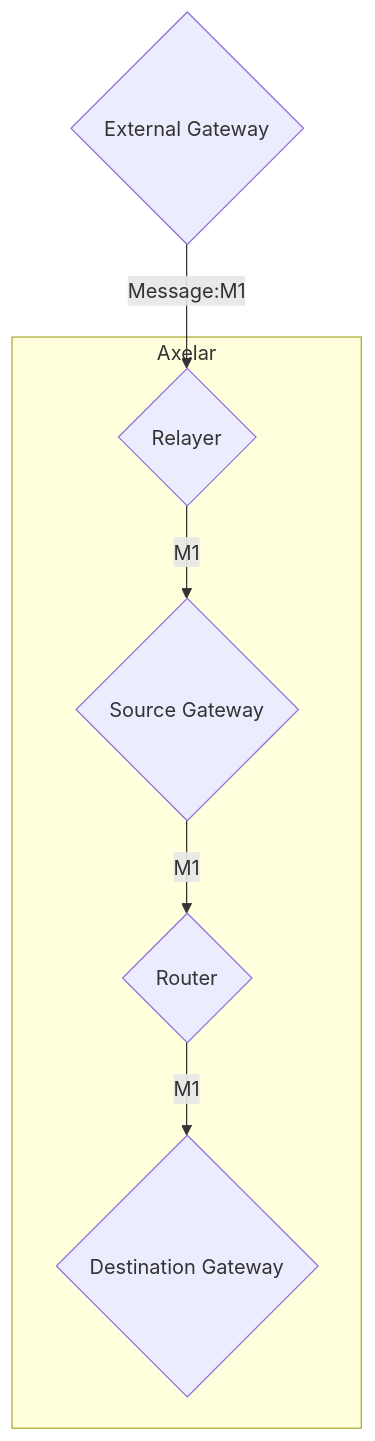
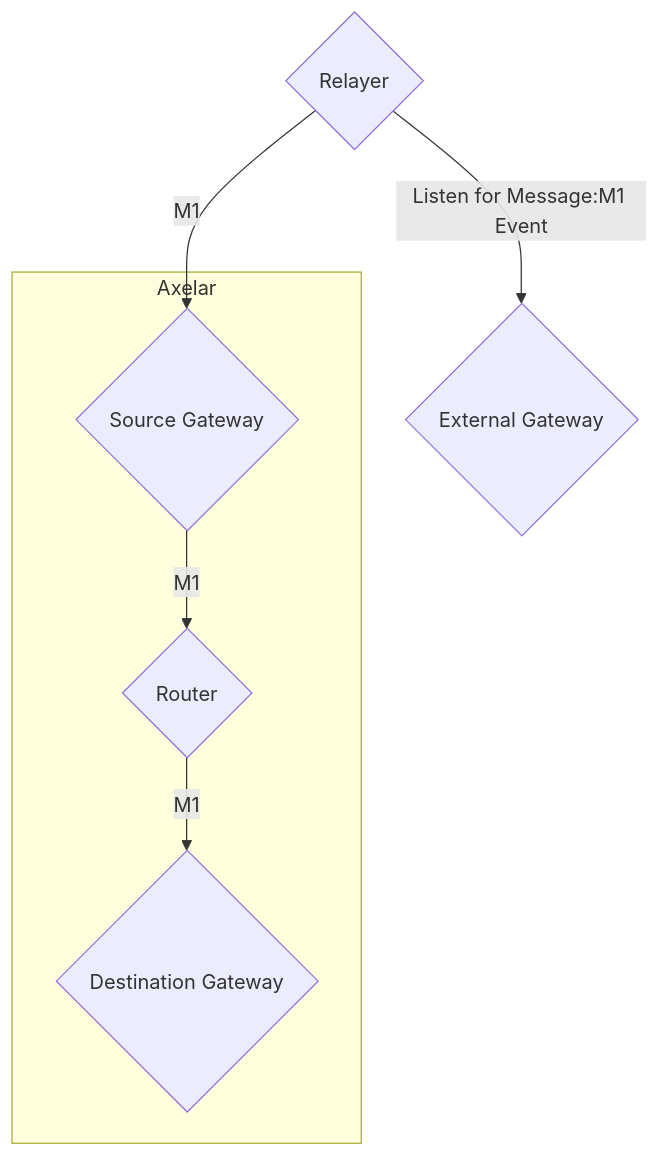
One commit to axelarnetwork/axelar-amplifier changed the diagram in doc/src/contracts/gateway.md. Above: the diagram before and after it, drawn with Mermaid. The commit also changed other lines of this file, not shown here.

````diff
--- a/doc/src/contracts/gateway.md
+++ b/doc/src/contracts/gateway.md
@@ -19,15 +21,15 @@
 ```mermaid
 flowchart TD
 subgraph Axelar
-    Rl{"Relayer"}
     Sg{"Source Gateway"}
     Dg{"Destination Gateway"}
     Rt{"Router"}
 end
+Rl{"Relayer"}
 Eg{"External Gateway"}
 
-Eg -- "Message:M1" --> Rl
+Rl -- "Listen for Message:M1 Event" --> Eg
 Rl -- "M1" --> Sg
 Sg -- "M1" --> Rt
 Rt -- "M1" --> Dg
 ```
````
